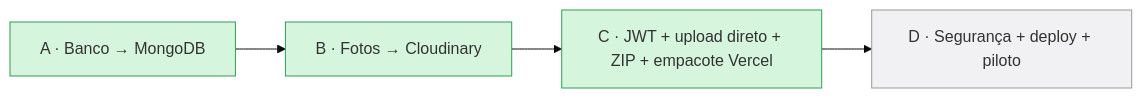
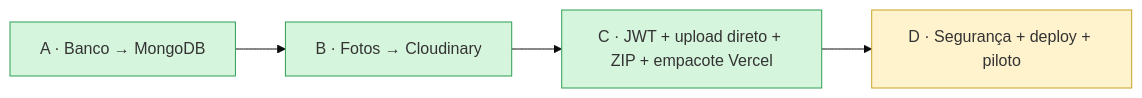
The first of 2 diagrams in docs/08-deploy.md (Vaniteux2006/pdv_memphis), drawn with Mermaid (base theme) before and after one commit. The commit also changed other lines of this file and 10 other files, not shown here.

````diff
--- a/docs/08-deploy.md
+++ b/docs/08-deploy.md
@@ -5,6 +5,6 @@
 ```mermaid
 flowchart LR
-  A["A · Banco → MongoDB"]:::done --> B["B · Fotos → Cloudinary"]:::done --> C["C · JWT + upload direto + ZIP + empacote Vercel"]:::done --> D["D · Segurança + deploy + piloto"]:::todo
+  A["A · Banco → MongoDB"]:::done --> B["B · Fotos → Cloudinary"]:::done --> C["C · JWT + upload direto + ZIP + empacote Vercel"]:::done --> D["D · Segurança + deploy + piloto"]:::part
   classDef done fill:#d6f5dd,stroke:#2f9e54;
-  classDef todo fill:#f1f1f3,stroke:#999;
+  classDef part fill:#fff3cd,stroke:#c9a227;
 ```
````
